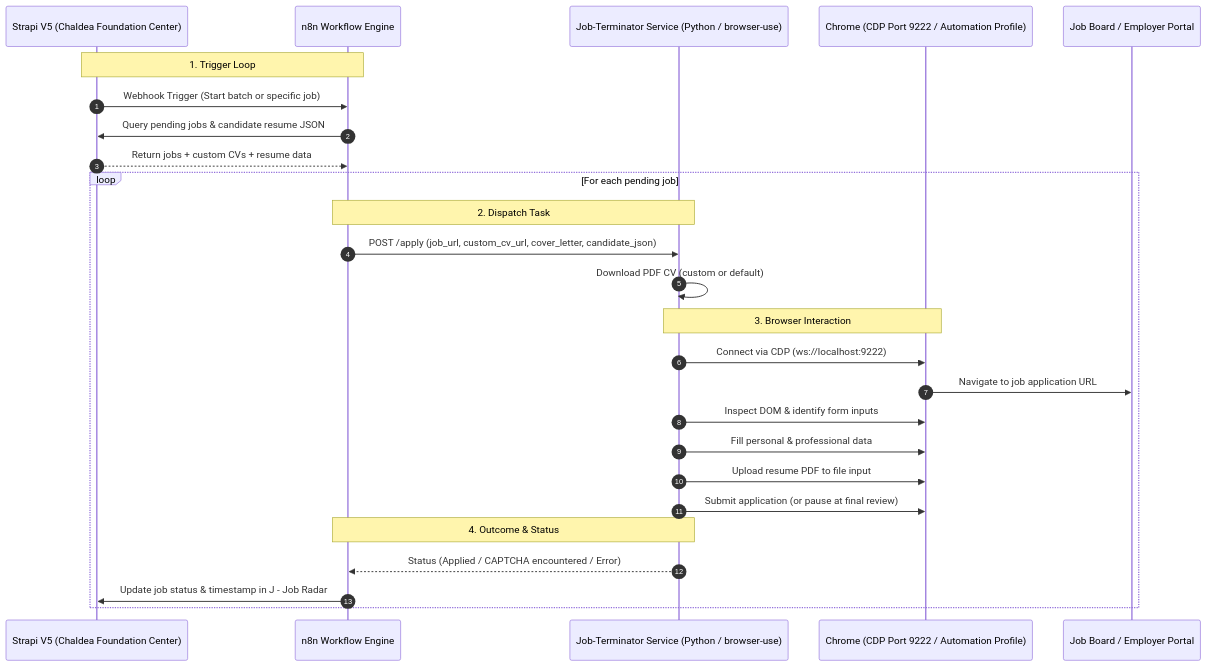
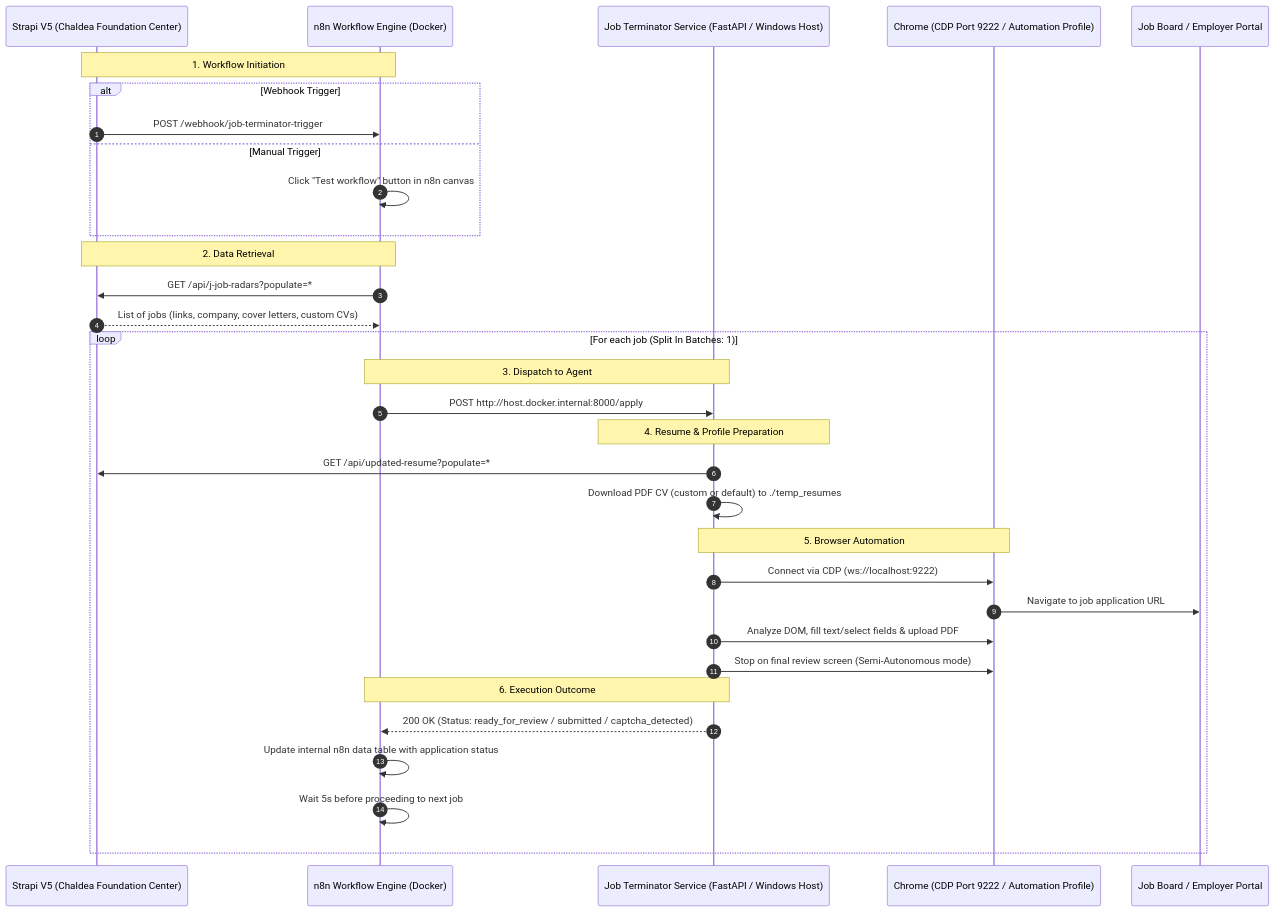
The diagram in README.md (TheMrCorvy/job-terminator), drawn with Mermaid before and after one commit. The commit also changed other lines of this file, not shown here.

Commit message:
docs: add detailed setup process, n8n import guide, manual trigger options, and operational troubleshooting to README

````diff
--- a/README.md
+++ b/README.md
@@ -21,32 +22,40 @@
 ```mermaid
 sequenceDiagram
     autonumber
     participant Strapi as Strapi V5 (Chaldea Foundation Center)
-    participant n8n as n8n Workflow Engine
-    participant Agent as Job-Terminator Service (Python / browser-use)
+    participant n8n as n8n Workflow Engine (Docker)
+    participant Agent as Job Terminator Service (FastAPI / Windows Host)
     participant Chrome as Chrome (CDP Port 9222 / Automation Profile)
     participant Portal as Job Board / Employer Portal
 
-    Note over Strapi, n8n: 1. Trigger Loop
-    Strapi->>n8n: Webhook Trigger (Start batch or specific job)
-    n8n->>Strapi: Query pending jobs & candidate resume JSON
-    Strapi-->>n8n: Return jobs + custom CVs + resume data
+    Note over Strapi, n8n: 1. Workflow Initiation
+    alt Webhook Trigger
+        Strapi->>n8n: POST /webhook/job-terminator-trigger
+    else Manual Trigger
+        n8n->>n8n: Click "Test workflow" button in n8n canvas
+    end
 
-    loop For each pending job
-        Note over n8n, Agent: 2. Dispatch Task
-        n8n->>Agent: POST /apply (job_url, custom_cv_url, cover_letter, candidate_json)
-        Agent->>Agent: Download PDF CV (custom or default)
+    Note over n8n, Strapi: 2. Data Retrieval
+    n8n->>Strapi: GET /api/j-job-radars?populate=*
+    Strapi-->>n8n: List of jobs (links, company, cover letters, custom CVs)
+
+    loop For each job (Split In Batches: 1)
+        Note over n8n, Agent: 3. Dispatch to Agent
+        n8n->>Agent: POST http://host.docker.internal:8000/apply
         
-        Note over Agent, Chrome: 3. Browser Interaction
+        Note over Agent: 4. Resume & Profile Preparation
+        Agent->>Strapi: GET /api/updated-resume?populate=*
+        Agent->>Agent: Download PDF CV (custom or default) to ./temp_resumes
+        
+        Note over Agent, Chrome: 5. Browser Automation
         Agent->>Chrome: Connect via CDP (ws://localhost:9222)
         Chrome->>Portal: Navigate to job application URL
-        Agent->>Chrome: Inspect DOM & identify form inputs
-        Agent->>Chrome: Fill personal & professional data
-        Agent->>Chrome: Upload resume PDF to file input
-        Agent->>Chrome: Submit application (or pause at final review)
+        Agent->>Chrome: Analyze DOM, fill text/select fields & upload PDF
+        Agent->>Chrome: Stop on final review screen (Semi-Autonomous mode)
         
-        Note over Agent, n8n: 4. Outcome & Status
-        Agent-->>n8n: Status (Applied / CAPTCHA encountered / Error)
-        n8n->>Strapi: Update job status & timestamp in J - Job Radar
+        Note over Agent, n8n: 6. Execution Outcome
+        Agent-->>n8n: 200 OK (Status: ready_for_review / submitted / captcha_detected)
+        n8n->>n8n: Update internal n8n data table with application status
+        n8n->>n8n: Wait 5s before proceeding to next job
     end
 ```
````
